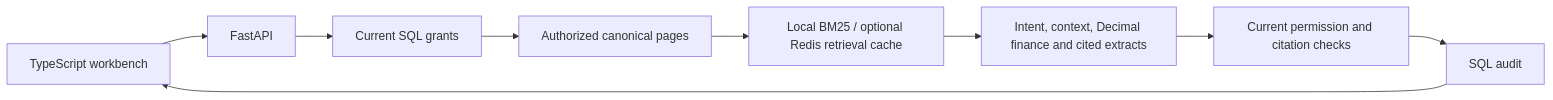
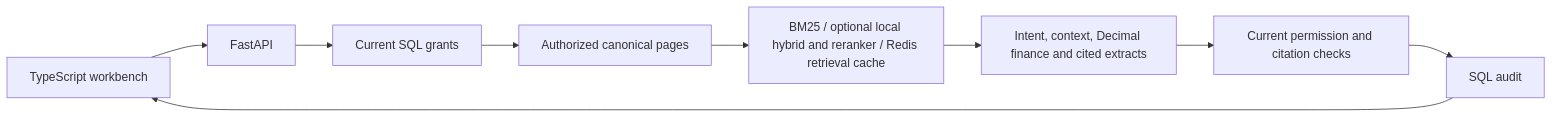
One commit to chinmayarvind23/credit-lens changed the diagram in README.md. Above: the diagram before and after it, drawn with Mermaid. The commit also changed other lines of this file and 1 other file, not shown here.

Commit message:
Record reproduced hybrid runtime metrics and real HTTP verification

````diff
--- a/README.md
+++ b/README.md
@@ -112,11 +118,11 @@
 ```mermaid
 flowchart LR
     UI[TypeScript workbench] --> API[FastAPI]
     API --> Grants[Current SQL grants]
     Grants --> Scope[Authorized canonical pages]
-    Scope --> Rank[Local BM25 / optional Redis retrieval cache]
+    Scope --> Rank[BM25 / optional local hybrid and reranker / Redis retrieval cache]
     Rank --> Packet[Intent, context, Decimal finance and cited extracts]
     Packet --> Check[Current permission and citation checks]
     Check --> Audit[SQL audit]
     Audit --> UI
 ```
````
